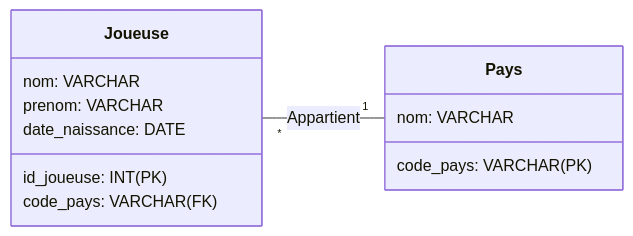
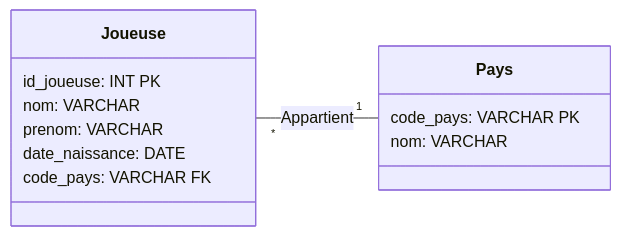
Before and after one commit to ludo2ne/ENSAI-2A-remise-a-niveau: the second of 3 diagrams in quarto-site/doc/sql/sql-cours.qmd, drawn with Mermaid. The commit also changed other lines of this file and 123 other files, not shown here.

````diff
--- a/quarto-site/doc/sql/sql-cours.qmd
+++ b/quarto-site/doc/sql/sql-cours.qmd
@@ -214,19 +214,19 @@
 ```{mermaid}
 classDiagram
   direction LR
   
   class Joueuse {
-    id_joueuse: INT (PK)
+    id_joueuse: INT PK
     nom: VARCHAR
     prenom: VARCHAR
     date_naissance: DATE
-    code_pays: VARCHAR (FK)
+    code_pays: VARCHAR FK
   }
   
   class Pays {
-    code_pays: VARCHAR (PK)
+    code_pays: VARCHAR PK
     nom: VARCHAR
   }
 
   Joueuse "*" -- "1" Pays : Appartient
 ```
````
